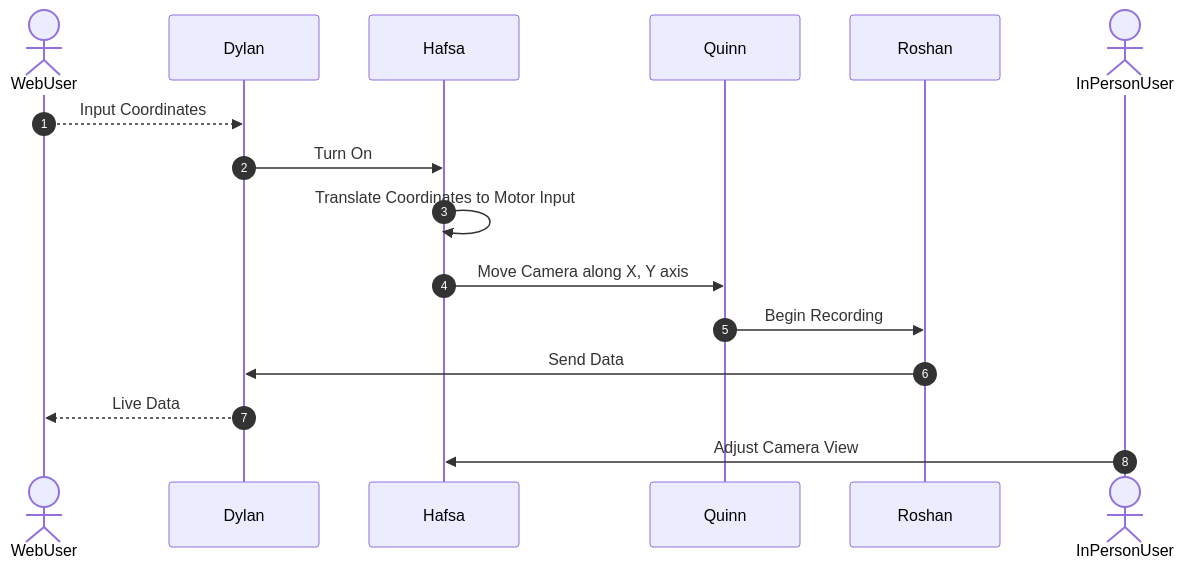
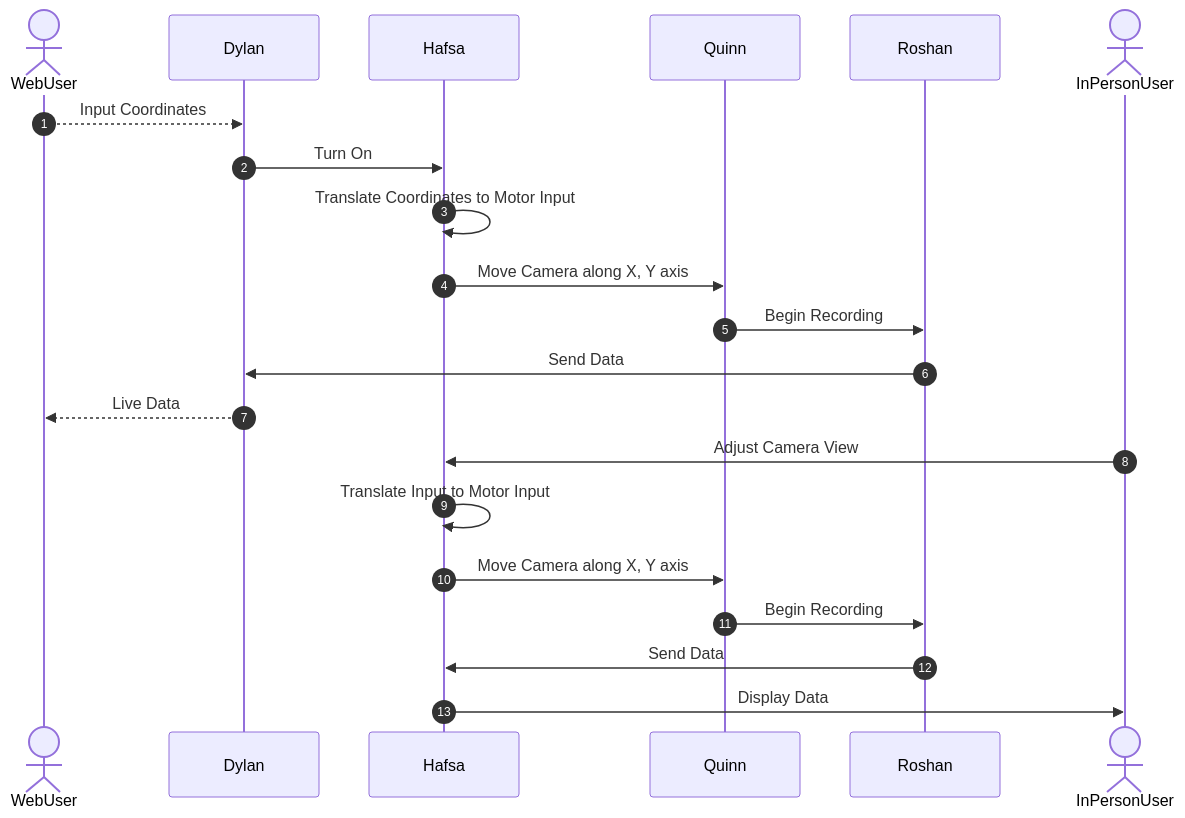
Before and after one commit to EGR314-S-2026-304/EGR314-S-2026-304.github.io: the diagram in docs/04-Team-Diagram.md, drawn with Mermaid.

````diff
--- a/docs/04-Team-Diagram.md
+++ b/docs/04-Team-Diagram.md
@@ -11,14 +11,19 @@
 ``` mermaid
 sequenceDiagram
   autonumber
   actor WebUser
   WebUser-->>Dylan: Input Coordinates
   Dylan->>Hafsa: Turn On
   Hafsa->>Hafsa: Translate Coordinates to Motor Input
   Hafsa->>Quinn: Move Camera along X, Y axis
   Quinn->>Roshan: Begin Recording
   Roshan->>Dylan: Send Data
   Dylan-->>WebUser: Live Data
   actor InPersonUser
   InPersonUser->>Hafsa: Adjust Camera View
+  Hafsa->>Hafsa: Translate Input to Motor Input
+  Hafsa->>Quinn: Move Camera along X, Y axis
+  Quinn->>Roshan: Begin Recording
+  Roshan->>Hafsa: Send Data
+  Hafsa->>InPersonUser: Display Data
 ```
````
